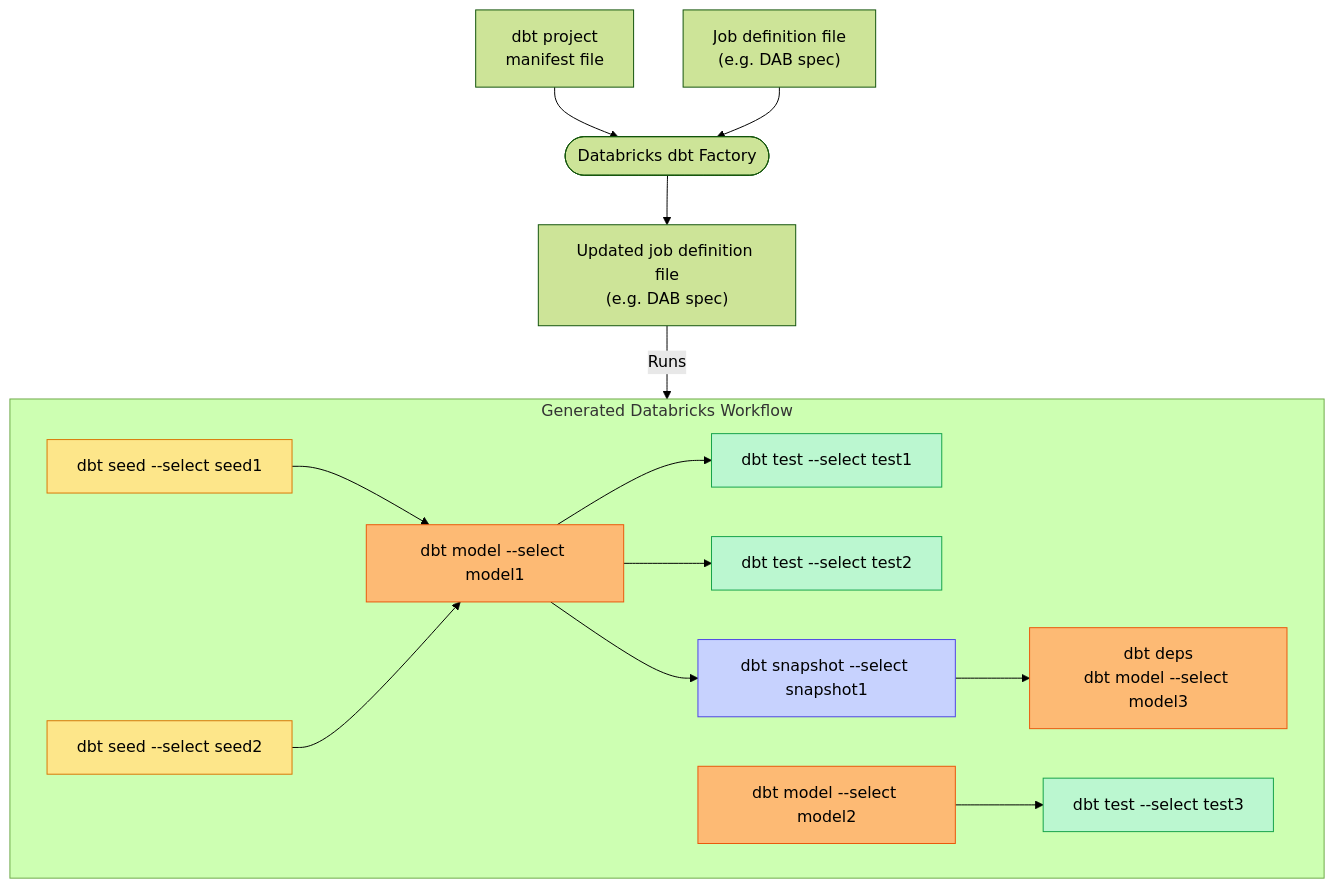
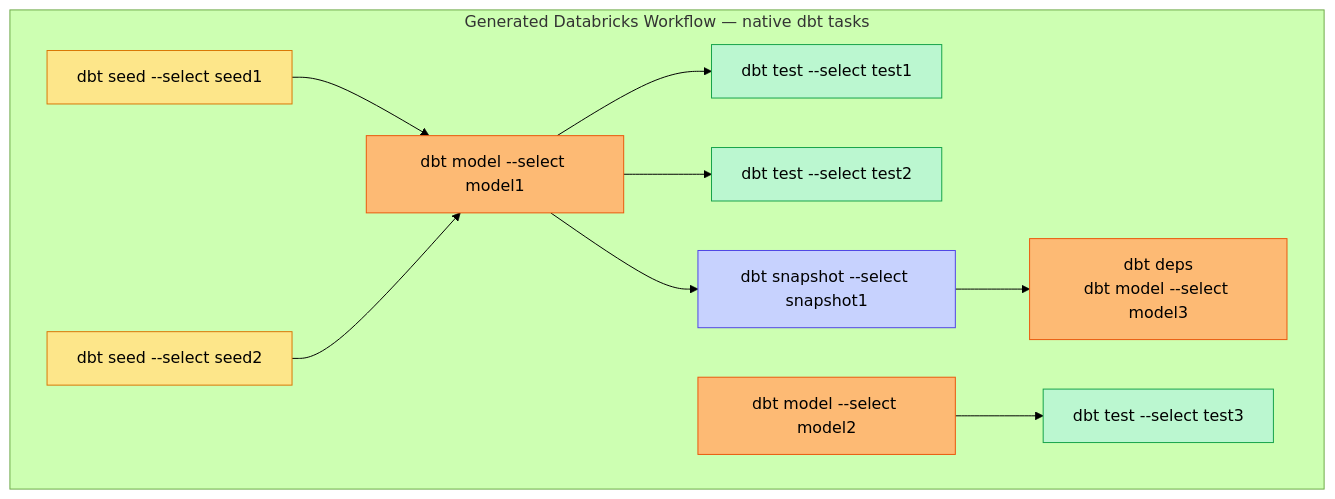
Before and after one commit to mwojtyczka/databricks-dbt-factory: the third of 4 diagrams in README.md, drawn with Mermaid (forest theme). The commit also changed other lines of this file, not shown here.

First line of the commit message:
Split "How it works" into dbt-task and notebook-runner subsections

````diff
--- a/README.md
+++ b/README.md
@@ -78,33 +93,23 @@
 ```mermaid
-flowchart TB
-    manifest["dbt project<br/>manifest file"]
-    jobdef["Job definition file<br/>(e.g. DAB spec)"]
-    factory(["Databricks dbt Factory"])
-    updated["Updated job definition file<br/>(e.g. DAB spec)"]
-
-    manifest --> factory
-    jobdef --> factory
-    factory --> updated
-    updated -- "Runs" --> workflow
-
-    subgraph workflow["Generated Databricks Workflow"]
+flowchart LR
+    subgraph workflow["Generated Databricks Workflow — native dbt tasks"]
         direction LR
         seed1["dbt seed --select seed1"] --> model1["dbt model --select model1"]
         seed2["dbt seed --select seed2"] --> model1
         model1 --> test1["dbt test --select test1"]
         model1 --> test2["dbt test --select test2"]
         model1 --> snap1["dbt snapshot --select snapshot1"]
         snap1 --> model3["dbt deps<br/>dbt model --select model3"]
         model2["dbt model --select model2"] --> test3["dbt test --select test3"]
     end
 
     classDef seed fill:#fde68a,stroke:#d97706,color:#000
     classDef model fill:#fdba74,stroke:#ea580c,color:#000
     classDef test fill:#bbf7d0,stroke:#16a34a,color:#000
     classDef snapshot fill:#c7d2fe,stroke:#4f46e5,color:#000
 
     class seed1,seed2 seed
     class model1,model2,model3 model
     class test1,test2,test3 test
     class snap1 snapshot
 ```
````
